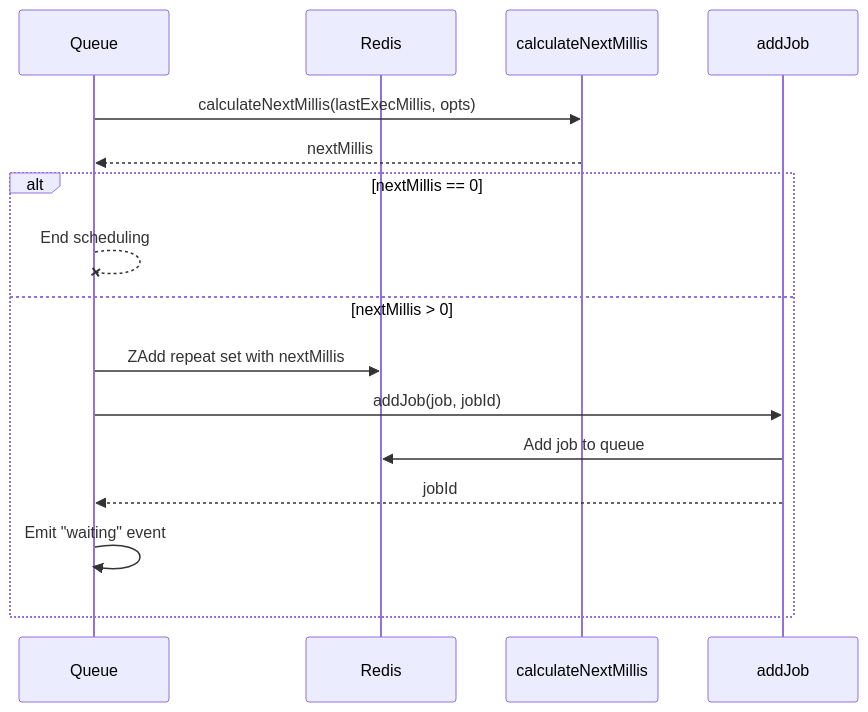
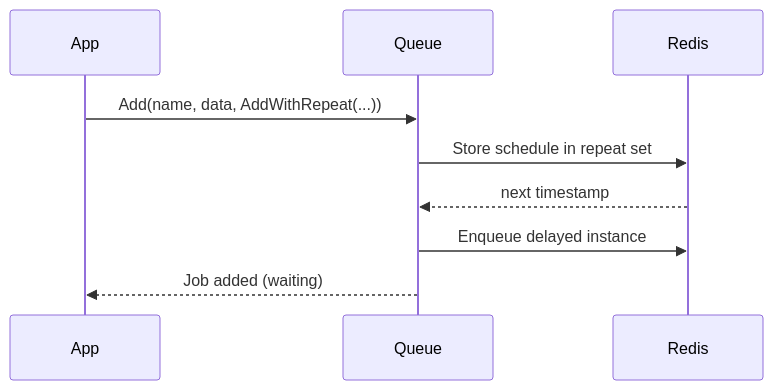
One commit to Codycody31/gobullmq changed the diagram in docs/src/pages/api/job/repeatable.mdx. Above: the diagram before and after it, drawn with Mermaid. The commit also changed other lines of this file and 14 other files, not shown here.

````diff
--- a/docs/src/pages/api/job/repeatable.mdx
+++ b/docs/src/pages/api/job/repeatable.mdx
@@ -48,19 +73,12 @@
 ```mermaid
 sequenceDiagram
+    participant App
     participant Queue
     participant Redis
-    participant calculateNextMillis
-    participant addJob
 
-    Queue->>calculateNextMillis: calculateNextMillis(lastExecMillis, opts)
-    calculateNextMillis-->>Queue: nextMillis
-    alt nextMillis == 0
-        Queue--x Queue: End scheduling
-    else nextMillis > 0
-        Queue->>Redis: ZAdd repeat set with nextMillis
-        Queue->>addJob: addJob(job, jobId)
-        addJob->>Redis: Add job to queue
-        addJob-->>Queue: jobId
-        Queue->>Queue: Emit "waiting" event
-    end
+    App->>Queue: Add(name, data, AddWithRepeat(...))
+    Queue->>Redis: Store schedule in repeat set
+    Redis-->>Queue: next timestamp
+    Queue->>Redis: Enqueue delayed instance
+    Queue-->>App: Job added (waiting)
 ```
````
